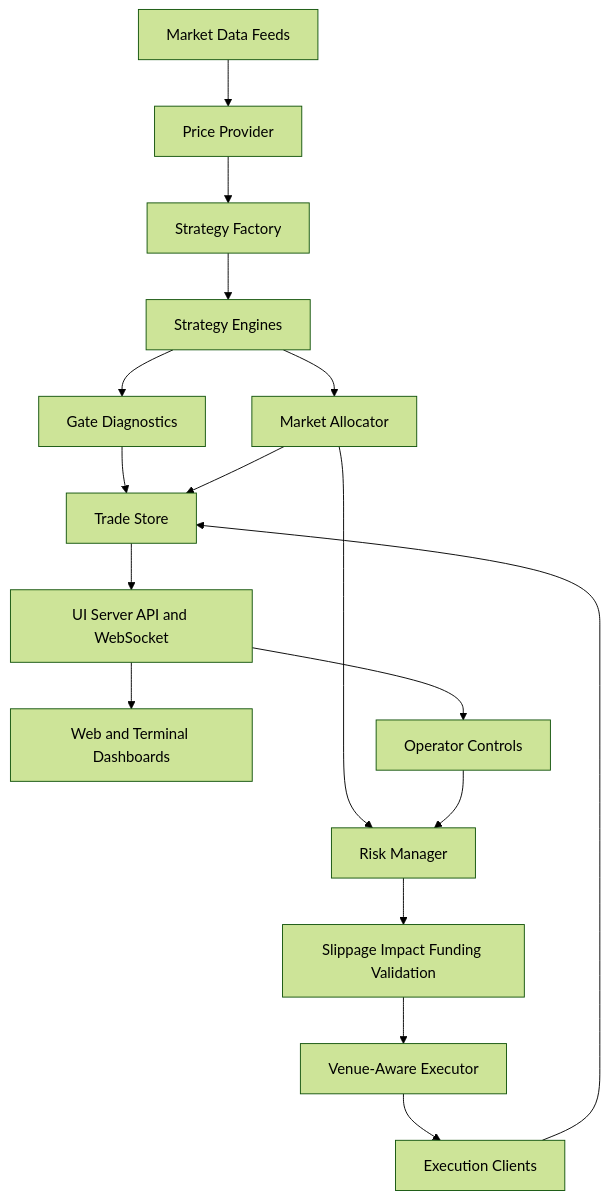
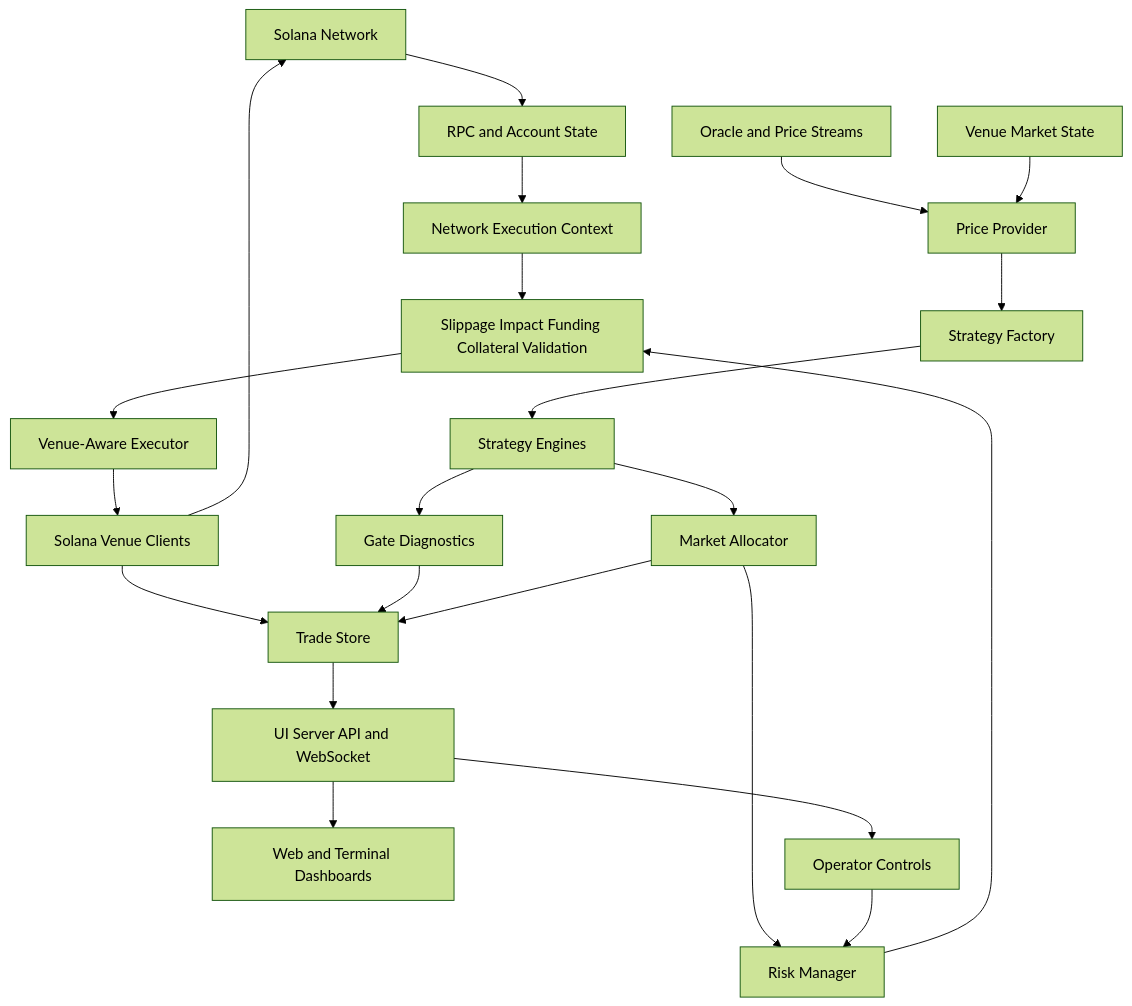
Before and after one commit to hashemselsherif/automated-trading-platform-showcase: the diagram in docs/PRD.md, drawn with Mermaid (forest theme). The commit also changed other lines of this file and 4 other files, not shown here.

````diff
--- a/docs/PRD.md
+++ b/docs/PRD.md
@@ -186,19 +223,24 @@
 ```mermaid
 flowchart TB
-  Data[Market Data Feeds] --> Price[Price Provider]
+  Solana[Solana Network] --> RPC[RPC and Account State]
+  Oracles[Oracle and Price Streams] --> Price[Price Provider]
+  VenueState[Venue Market State] --> Price
+  RPC --> ExecutionContext[Network Execution Context]
   Price --> StrategyFactory[Strategy Factory]
   StrategyFactory --> Strategies[Strategy Engines]
   Strategies --> Gates[Gate Diagnostics]
   Strategies --> Allocator[Market Allocator]
   Allocator --> Risk[Risk Manager]
-  Risk --> Validation[Slippage Impact Funding Validation]
+  Risk --> Validation[Slippage Impact Funding Collateral Validation]
+  ExecutionContext --> Validation
   Validation --> Executor[Venue-Aware Executor]
-  Executor --> Clients[Execution Clients]
+  Executor --> Clients[Solana Venue Clients]
+  Clients --> Solana
   Clients --> Ledger[Trade Store]
   Gates --> Ledger
   Allocator --> Ledger
   Ledger --> API[UI Server API and WebSocket]
   API --> Dashboards[Web and Terminal Dashboards]
   API --> Controls[Operator Controls]
   Controls --> Risk
 ```
````
